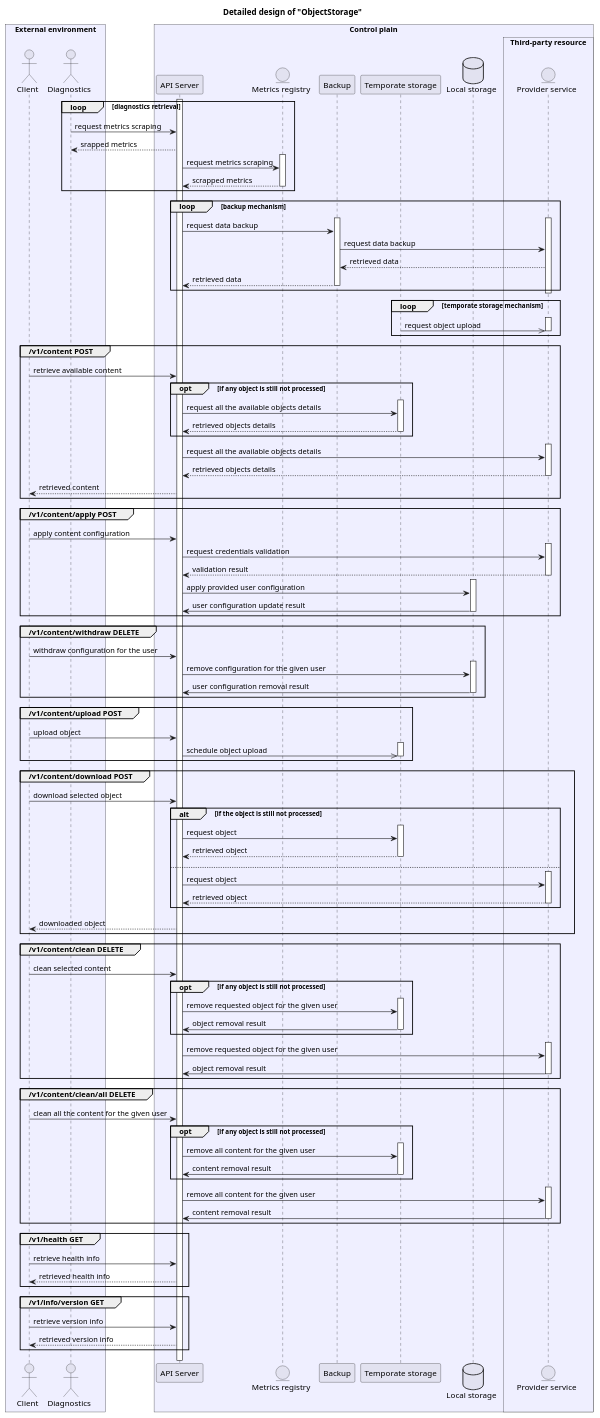
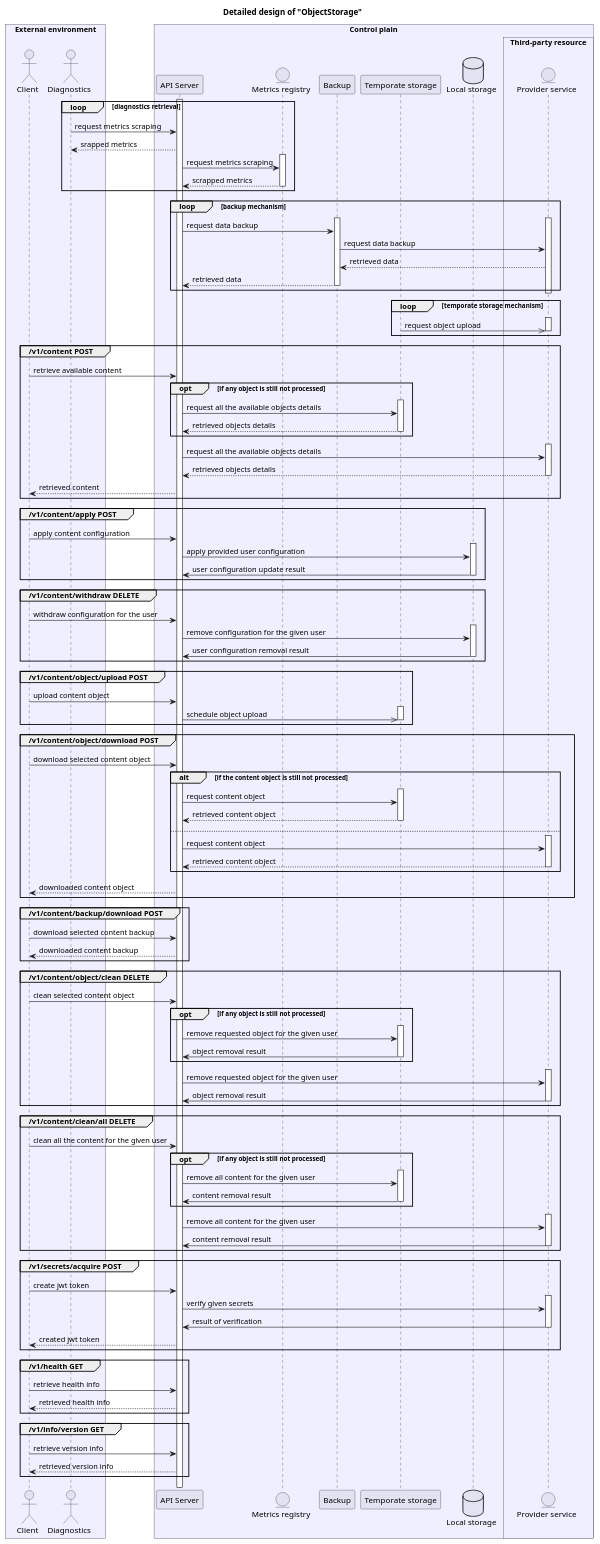
The diagram in docs/detailed-design.md (YarikRevich/ObjectStorage), drawn with PlantUML before and after one commit. The commit also changed 3 other files, not shown here.

Commit message:
fix: updated diagrams (#29)

```diff
--- a/docs/detailed-design.md
+++ b/docs/detailed-design.md
@@ -82,11 +82,6 @@
 
 client -> apiserver: apply content configuration
 
-activate externalservice
-apiserver -> externalservice: request credentials validation
-externalservice --> apiserver : validation result
-deactivate externalservice
-
 activate localstorage
 apiserver -> localstorage: apply provided user configuration
 localstorage -> apiserver: user configuration update result
@@ -105,9 +100,9 @@
 
 end group
 
-group /v1/content/upload POST
+group /v1/content/object/upload POST
 
-client -> apiserver: upload object
+client -> apiserver: upload content object
 
 activate temporatestorage
 apiserver ->> temporatestorage: schedule object upload
@@ -115,33 +110,41 @@
 
 end group
 
-group /v1/content/download POST
+group /v1/content/object/download POST
 
-client -> apiserver: download selected object
+client -> apiserver: download selected content object
 
-alt if the object is still not processed
+alt if the content object is still not processed
 
 activate temporatestorage
-apiserver -> temporatestorage: request object
-temporatestorage --> apiserver : retrieved object
+apiserver -> temporatestorage: request content object
+temporatestorage --> apiserver : retrieved content object
 deactivate temporatestorage
 
 else
 
 activate externalservice
-apiserver -> externalservice: request object
-externalservice --> apiserver : retrieved object
+apiserver -> externalservice: request content object
+externalservice --> apiserver : retrieved content object
 deactivate externalservice
 
 end
 
-apiserver --> client: downloaded object
+apiserver --> client: downloaded content object
 
 end group
 
-group /v1/content/clean DELETE
+group /v1/content/backup/download POST
 
-client -> apiserver: clean selected content
+client -> apiserver: download selected content backup
+
+apiserver --> client: downloaded content backup
+
+end group
+
+group /v1/content/object/clean DELETE
+
+client -> apiserver: clean selected content object
 
 opt if any object is still not processed
 
@@ -181,6 +184,19 @@
 
 end box
 
+group /v1/secrets/acquire POST
+
+client -> apiserver: create jwt token
+
+activate externalservice
+apiserver -> externalservice: verify given secrets
+externalservice -> apiserver: result of verification
+deactivate externalservice
+
+apiserver --> client: created jwt token
+
+end group
+
 group /v1/health GET
 client -> apiserver: retrieve health info
 apiserver --> client: retrieved health info
```
